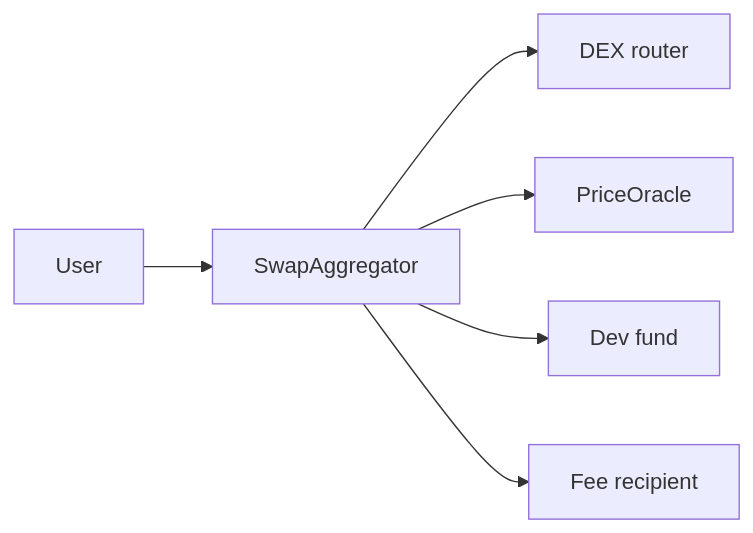
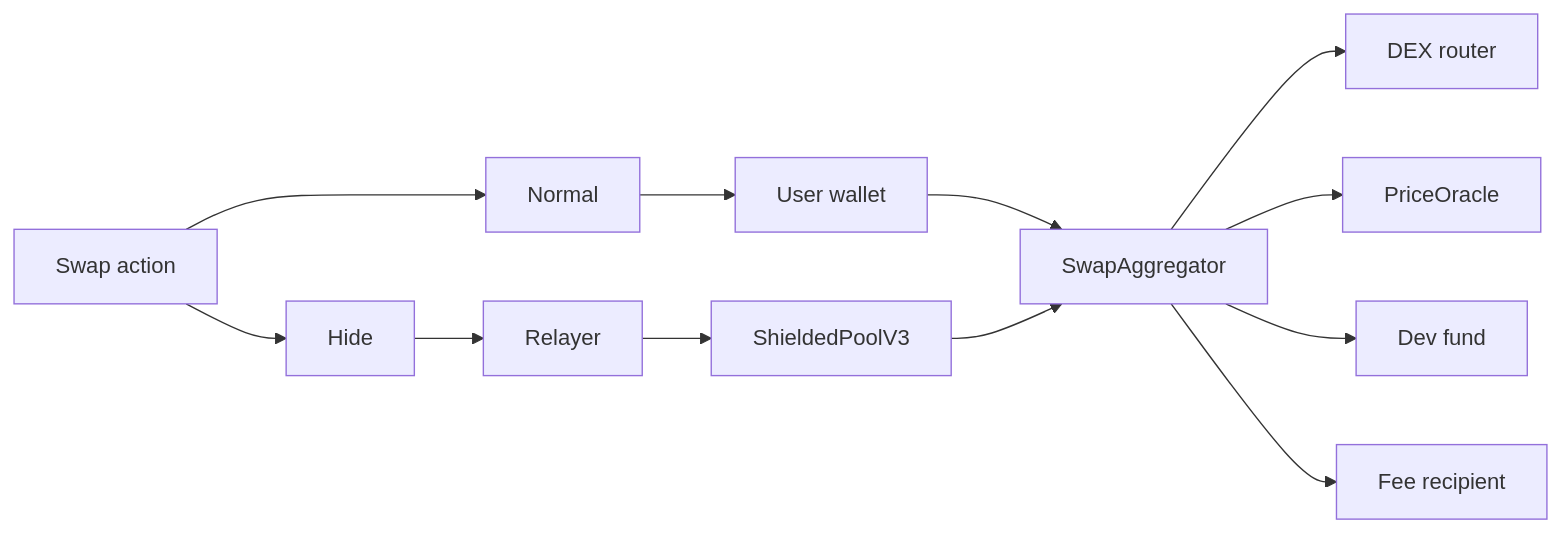
One commit to ntfound-dev/zkcarel_protocol changed the second of 4 diagrams in smartcontract/README.md. Above: the diagram before and after it, drawn with Mermaid. The commit also changed other lines of this file and 1 other file, not shown here.

Commit message:
docs: make mode diagrams flow-based

````diff
--- a/smartcontract/README.md
+++ b/smartcontract/README.md
@@ -130,8 +130,14 @@
 ```mermaid
 flowchart LR
-  U[User] --> SWAP[SwapAggregator]
+  A[Swap action] --> N[Normal]
+  N --> U[User wallet]
+  U --> SWAP[SwapAggregator]
+  A --> H[Hide]
+  H --> R[Relayer]
+  R --> EXEC[ShieldedPoolV3]
+  EXEC --> SWAP
   SWAP --> DEX[DEX router]
   SWAP --> ORACLE[PriceOracle]
   SWAP --> DEV[Dev fund]
   SWAP --> FEE[Fee recipient]
 ```
````
